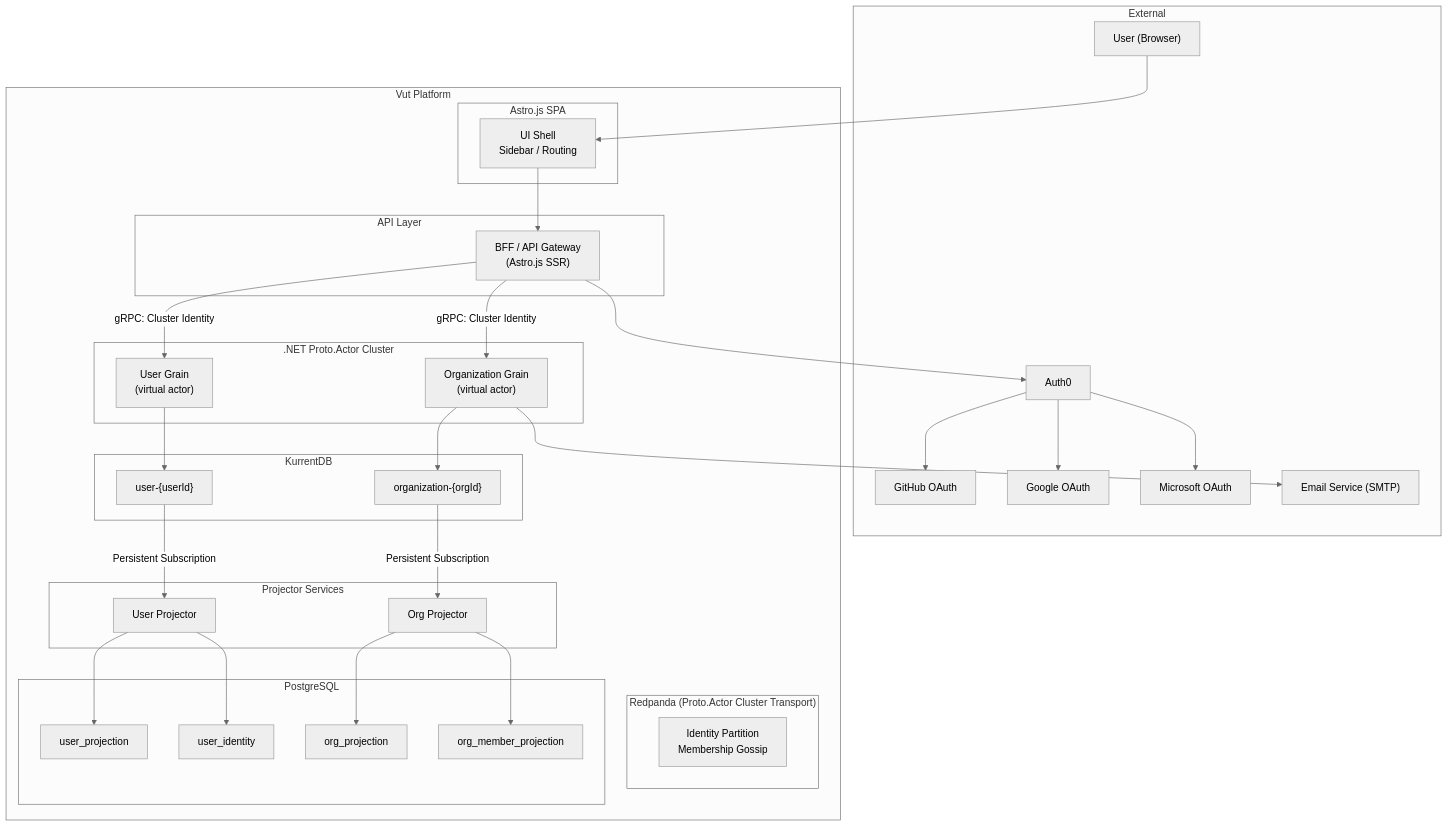
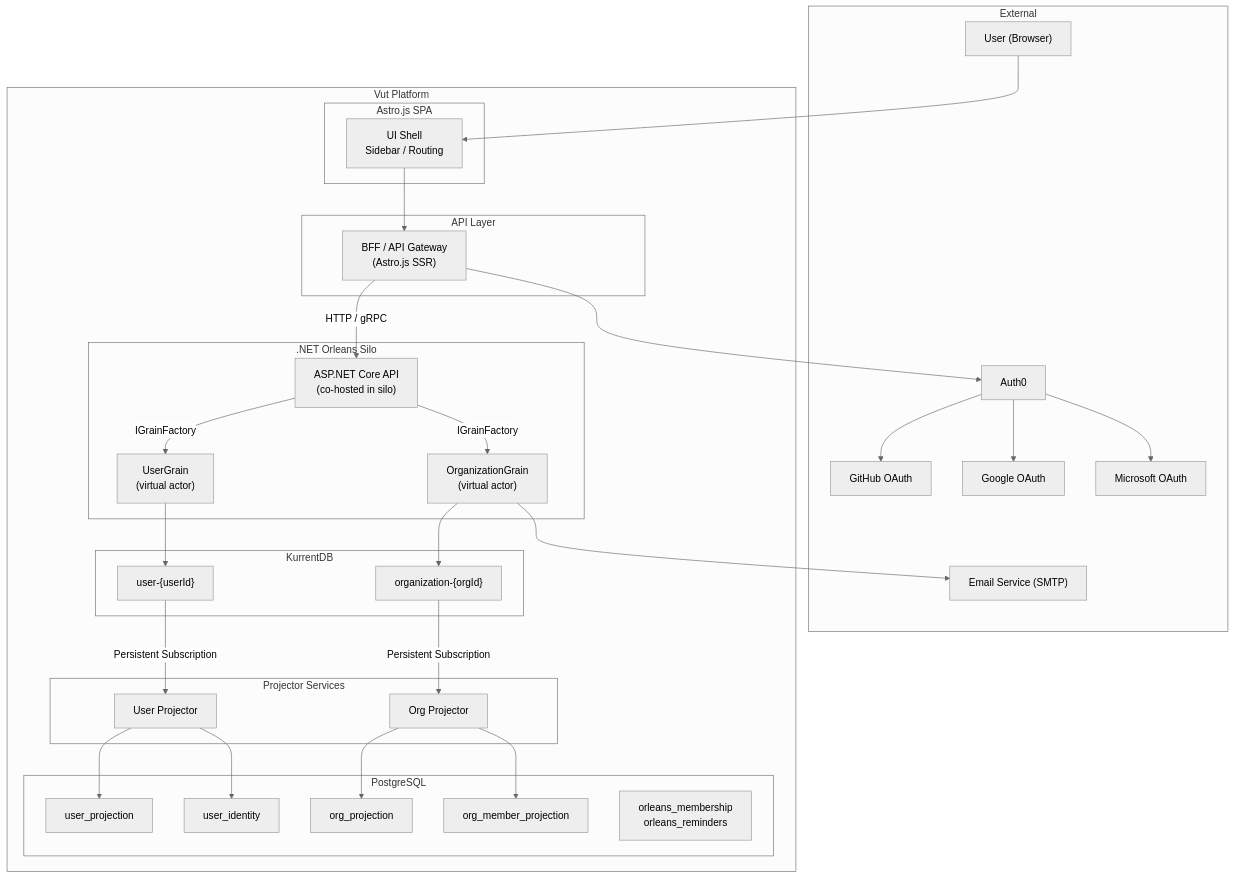
One commit to lekhasy/Vut changed the first of 19 diagrams in epics/01-epic-first-signin-org/architecture/architecture.md. Above: the diagram before and after it, drawn with Mermaid (neutral theme). The commit also changed other lines of this file and 32 other files, not shown here.

````diff
--- a/epics/01-epic-first-signin-org/architecture/architecture.md
+++ b/epics/01-epic-first-signin-org/architecture/architecture.md
@@ -9,65 +11,64 @@
 ```mermaid
 graph TB
     subgraph External
         User["User (Browser)"]
         GH["GitHub OAuth"]
         Google["Google OAuth"]
         MS["Microsoft OAuth"]
         Auth0["Auth0"]
         SMTP["Email Service (SMTP)"]
     end
 
     subgraph Vut Platform
         subgraph Frontend["Astro.js SPA"]
             UI["UI Shell<br/>Sidebar / Routing"]
         end
 
         subgraph API["API Layer"]
             BFF["BFF / API Gateway<br/>(Astro.js SSR)"]
         end
 
-        subgraph Backend[".NET Proto.Actor Cluster"]
-            UA["User Grain<br/>(virtual actor)"]
-            OA["Organization Grain<br/>(virtual actor)"]
+        subgraph Backend[".NET Orleans Silo"]
+            UA["UserGrain<br/>(virtual actor)"]
+            OA["OrganizationGrain<br/>(virtual actor)"]
+            APIEP["ASP.NET Core API<br/>(co-hosted in silo)"]
         end
 
         subgraph EventStore["KurrentDB"]
             US["user-{userId}"]
             OS["organization-{orgId}"]
         end
 
-        subgraph Cluster["Redpanda (Proto.Actor Cluster Transport)"]
-            CL["Identity Partition<br/>Membership Gossip"]
-        end
-
         subgraph ReadModel["PostgreSQL"]
             UP["user_projection"]
             UI2["user_identity"]
             OP["org_projection"]
             OMP["org_member_projection"]
+            CLU["orleans_membership<br/>orleans_reminders"]
         end
 
         subgraph Projectors["Projector Services"]
             PU["User Projector"]
             PO["Org Projector"]
         end
     end
 
     User --> UI
     UI --> BFF
     BFF --> Auth0
     Auth0 --> GH
     Auth0 --> Google
     Auth0 --> MS
-    BFF -->|gRPC: Cluster Identity| UA
-    BFF -->|gRPC: Cluster Identity| OA
+    BFF -->|HTTP / gRPC| APIEP
+    APIEP -->|IGrainFactory| UA
+    APIEP -->|IGrainFactory| OA
     UA --> US
     OA --> OS
     US -->|Persistent Subscription| PU
     OS -->|Persistent Subscription| PO
     PU --> UP
     PU --> UI2
     PO --> OP
     PO --> OMP
     OA --> SMTP
 ```
````
